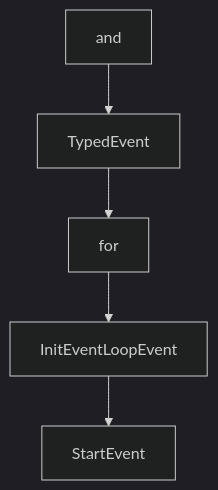
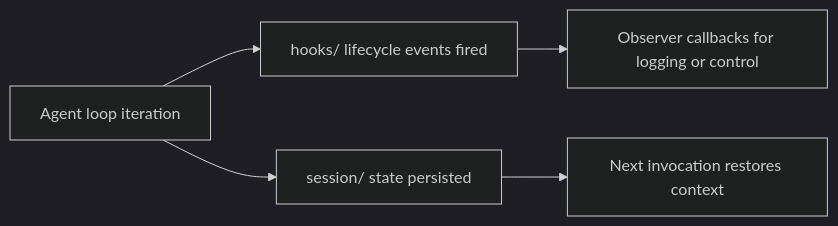
The diagram in tutorials/strands-agents-tutorial/05-hooks-state-and-reliability-controls.md (johnxie/awesome-code-docs), drawn with Mermaid (dark theme) before and after one commit. The commit also changed other lines of this file and 1232 other files, not shown here.

````diff
--- a/tutorials/strands-agents-tutorial/05-hooks-state-and-reliability-controls.md
+++ b/tutorials/strands-agents-tutorial/05-hooks-state-and-reliability-controls.md
@@ -210,12 +55,7 @@
 ```mermaid
-flowchart TD
-    A[and]
-    B[TypedEvent]
-    C[for]
-    D[InitEventLoopEvent]
-    E[StartEvent]
-    A --> B
-    B --> C
-    C --> D
-    D --> E
+flowchart LR
+    A[Agent loop iteration] --> B[hooks/ lifecycle events fired]
+    B --> C[Observer callbacks for logging or control]
+    A --> D[session/ state persisted]
+    D --> E[Next invocation restores context]
 ```
````
